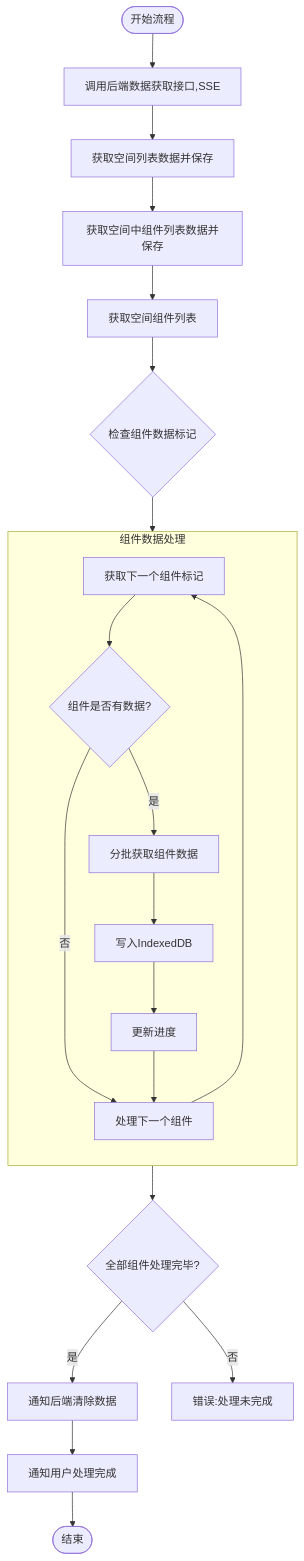
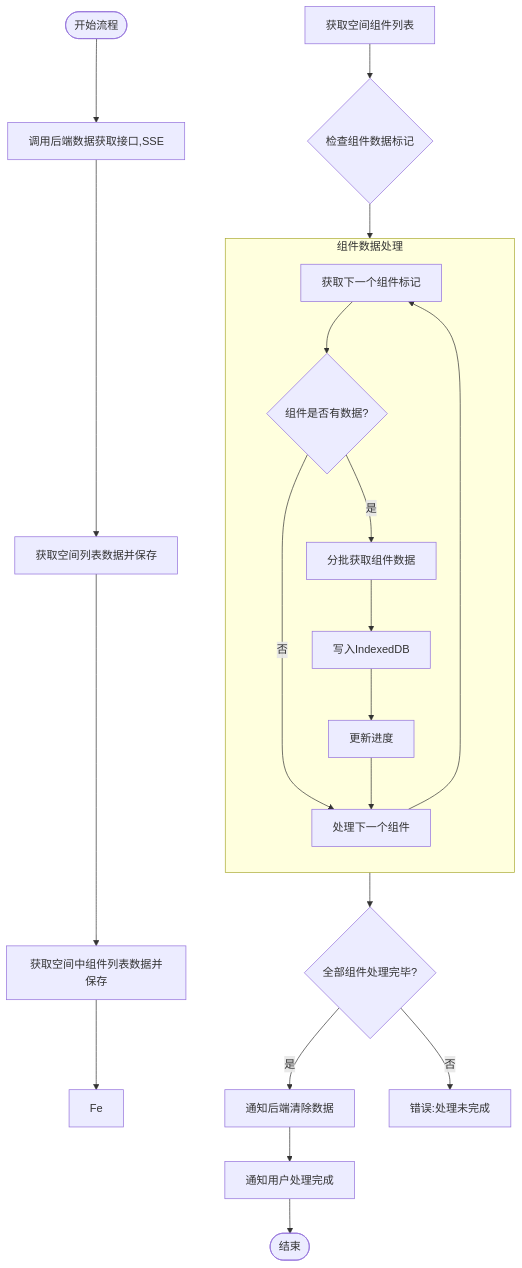
Before and after one commit to yingjianzh/iodraw-files: the diagram in all/未命名-59.md, drawn with Mermaid.

Commit message:
2025-05-14 14:53:11 update

````diff
--- a/all/未命名-59.md
+++ b/all/未命名-59.md
@@ -1,33 +1,34 @@
 ```mermaid
 
 flowchart TD
     Start([开始流程]) --> FetchData[调用后端数据获取接口,SSE]
     FetchData --> FetchSpaceData[获取空间列表数据并保存]
+   
     FetchSpaceData --> FetchSpaceComponent[获取空间中组件列表数据并保存]
-    
-    FetchSpaceComponent --> 
+
+    FetchSpaceComponent --> Fe
     
     FetchComponentList[获取空间组件列表]
     FetchComponentList --> CheckComponentData{检查组件数据标记}
     
     subgraph ComponentProcess [组件数据处理]
         direction TB
         A[获取下一个组件标记] --> B{组件是否有数据?}
         B -->|否| NextComponent[处理下一个组件]
         B -->|是| C[分批获取组件数据]
         C --> D[写入IndexedDB]
         D --> UpdateProgress[更新进度]
         UpdateProgress --> NextComponent
         NextComponent --> A
     end
     
     CheckComponentData --> ComponentProcess
     ComponentProcess --> AllComponentsProcessed{全部组件处理完毕?}
     
     AllComponentsProcessed -->|是| ClearServerData[通知后端清除数据]
     AllComponentsProcessed -->|否| Error3[错误:处理未完成]
     
     ClearServerData --> CompletionNotification[通知用户处理完成]
     CompletionNotification --> End([结束])
 
 ```
````
